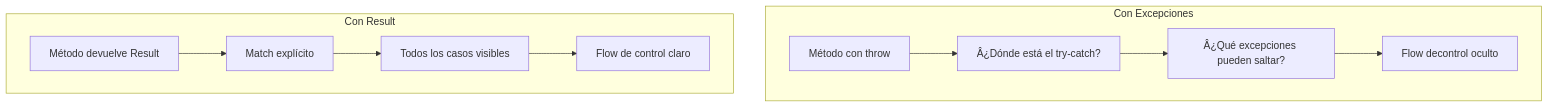
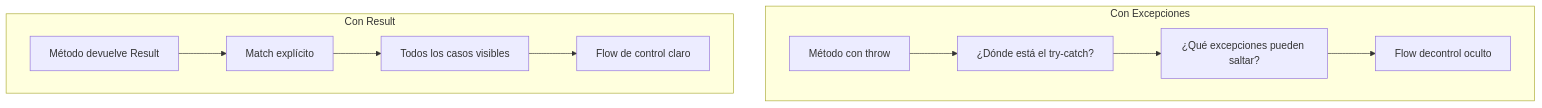
The eighth of 9 diagrams in doc/11-patron-result.md (joseluisgs/TiendaDawApi-Cqrs-MediatR-NetCore), drawn with Mermaid before and after one commit. The commit also changed other lines of this file and 27 other files, not shown here.

````diff
--- a/doc/11-patron-result.md
+++ b/doc/11-patron-result.md
@@ -1014,19 +1014,19 @@
 ```mermaid
 flowchart TB
     subgraph "Con Excepciones"
         A1["Método con throw"]
-        A2["Â¿Dónde está el try-catch?"]
-        A3["Â¿Qué excepciones pueden saltar?"]
+        A2["¿Dónde está el try-catch?"]
+        A3["¿Qué excepciones pueden saltar?"]
         A4["Flow decontrol oculto"]
     end
     
     subgraph "Con Result"
         B1["Método devuelve Result"]
         B2["Match explícito"]
         B3["Todos los casos visibles"]
         B4["Flow de control claro"]
     end
     
     A1 --> A2 --> A3 --> A4
     B1 --> B2 --> B3 --> B4
 ```
````
